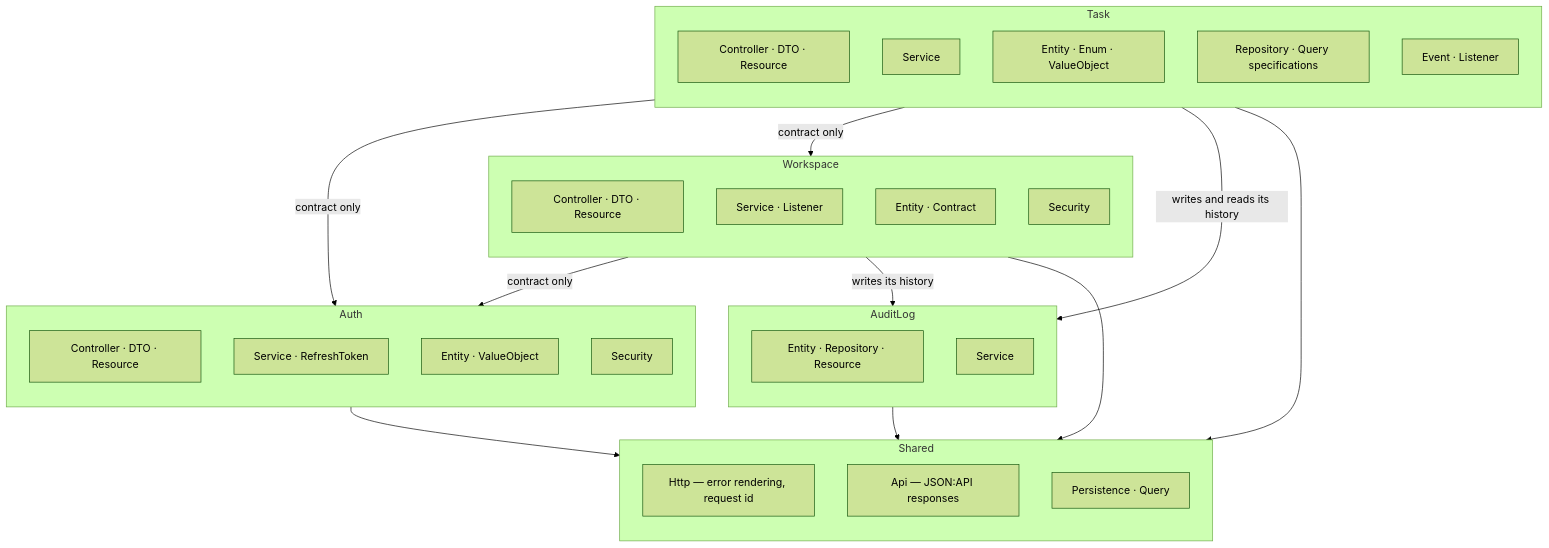
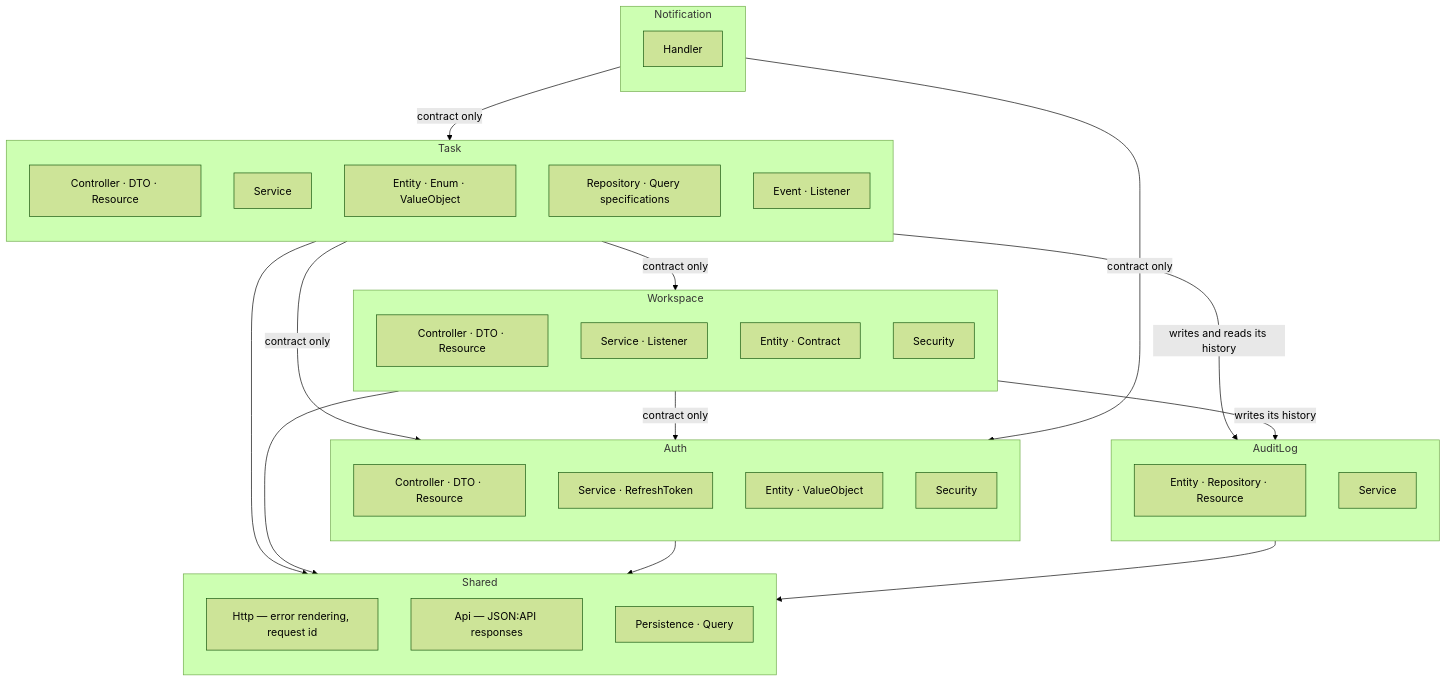
One commit to NikitaSomik/symfony-todo-app changed the second of 5 diagrams in docs/architecture.md. Above: the diagram before and after it, drawn with Mermaid (forest theme). The commit also changed other lines of this file and 9 other files, not shown here.

````diff
--- a/docs/architecture.md
+++ b/docs/architecture.md
@@ -29,50 +29,57 @@
 ```mermaid
 flowchart TB
     subgraph Task
         direction TB
         t1[Controller · DTO · Resource]
         t2[Service]
         t3[Entity · Enum · ValueObject]
         t4[Repository · Query specifications]
         t5[Event · Listener]
     end
 
     subgraph Auth
         direction TB
         a1[Controller · DTO · Resource]
         a2[Service · RefreshToken]
         a3[Entity · ValueObject]
         a4[Security]
     end
 
     subgraph Workspace
         direction TB
         w1[Controller · DTO · Resource]
         w2[Service · Listener]
         w3[Entity · Contract]
         w4[Security]
     end
 
     subgraph AuditLog
         direction TB
         l1[Entity · Repository · Resource]
         l2[Service]
     end
 
+    subgraph Notification
+        direction TB
+        n1[Handler]
+    end
+
     subgraph Shared
         direction TB
         s1[Http — error rendering, request id]
         s2[Api — JSON:API responses]
         s4[Persistence · Query]
     end
 
     Task -->|contract only| Auth
     Task -->|contract only| Workspace
     Task -->|writes and reads its history| AuditLog
     Workspace -->|contract only| Auth
     Workspace -->|writes its history| AuditLog
+    Notification -->|contract only| Task
+    Notification -->|contract only| Auth
     Task --> Shared
     Workspace --> Shared
     Auth --> Shared
     AuditLog --> Shared
 ```
````
